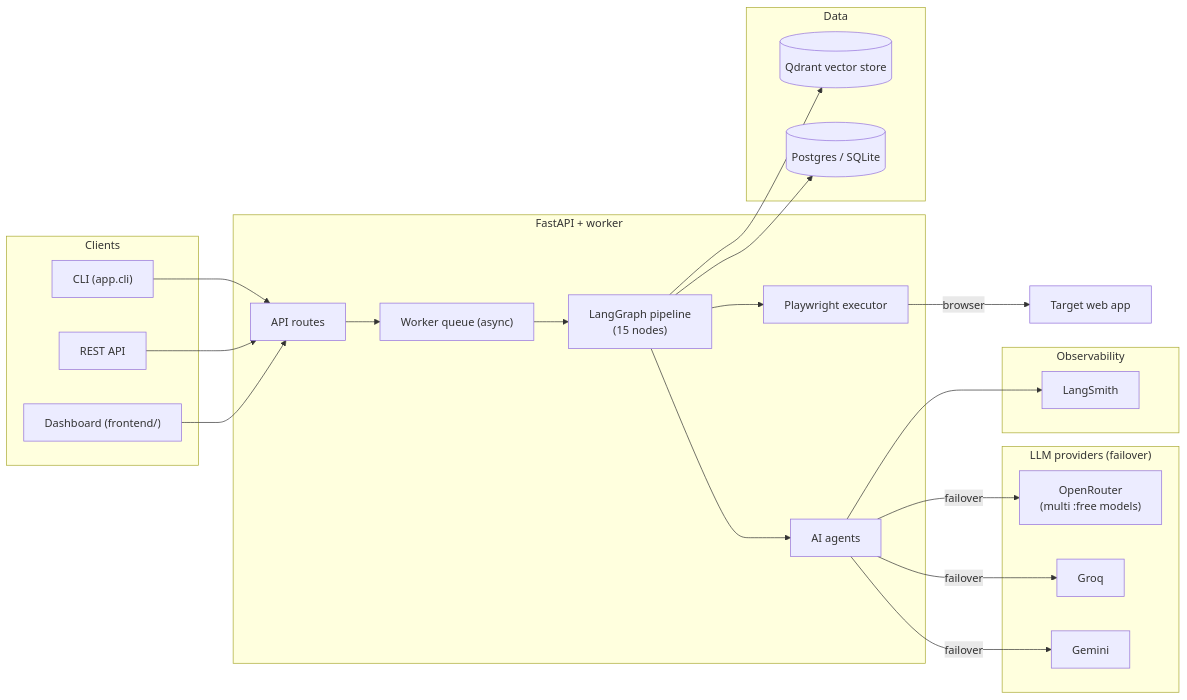
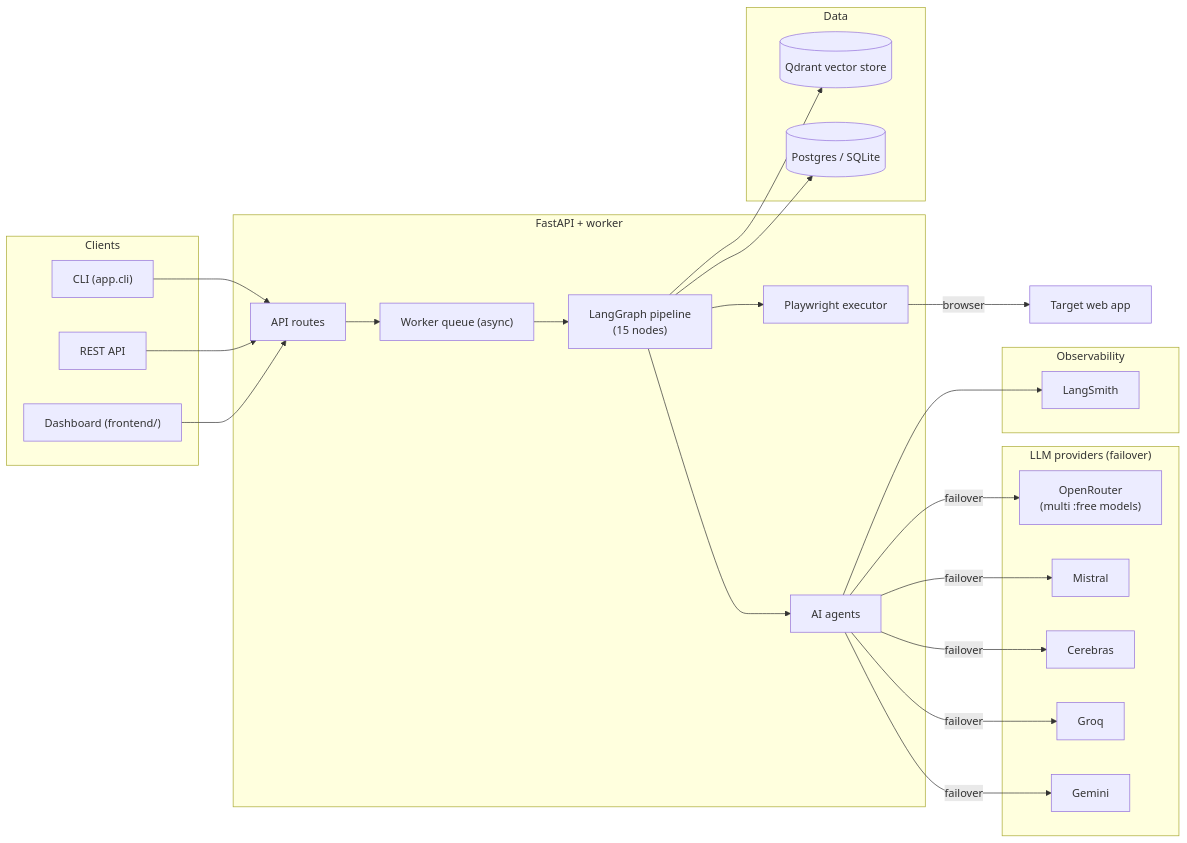
One commit to pradhansuman/ai-e2e-platform changed the first of 2 diagrams in README.md. Above: the diagram before and after it, drawn with Mermaid. The commit also changed other lines of this file and 4 other files, not shown here.

Commit message:
Add Cerebras + Mistral free-tier providers to LLM failover chain

````diff
--- a/README.md
+++ b/README.md
@@ -78,42 +78,46 @@
 ```mermaid
 flowchart LR
     subgraph Clients
         CLI["CLI (app.cli)"]
         REST["REST API"]
         UI["Dashboard (frontend/)"]
     end
     subgraph Backend["FastAPI + worker"]
         API["API routes"]
         WORKER["Worker queue (async)"]
         GRAPH["LangGraph pipeline<br/>(15 nodes)"]
         AGENTS["AI agents"]
         EXEC["Playwright executor"]
     end
     subgraph LLMs["LLM providers (failover)"]
         GEMINI["Gemini"]
         GROQ["Groq"]
+        CEREBRAS["Cerebras"]
+        MISTRAL["Mistral"]
         OPENROUTER["OpenRouter<br/>(multi :free models)"]
     end
     subgraph Data["Data"]
         DB[("Postgres / SQLite")]
         VEC[("Qdrant vector store")]
     end
     subgraph Obs["Observability"]
         LS["LangSmith"]
     end
 
     CLI --> API
     REST --> API
     UI --> API
     API --> WORKER
     WORKER --> GRAPH
     GRAPH --> AGENTS
     GRAPH --> EXEC
     EXEC -->|"browser"| TARGET["Target web app"]
     AGENTS -->|"failover"| GEMINI
     AGENTS -->|"failover"| GROQ
+    AGENTS -->|"failover"| CEREBRAS
+    AGENTS -->|"failover"| MISTRAL
     AGENTS -->|"failover"| OPENROUTER
     GRAPH --> DB
     GRAPH --> VEC
     AGENTS --> LS
 ```
````
